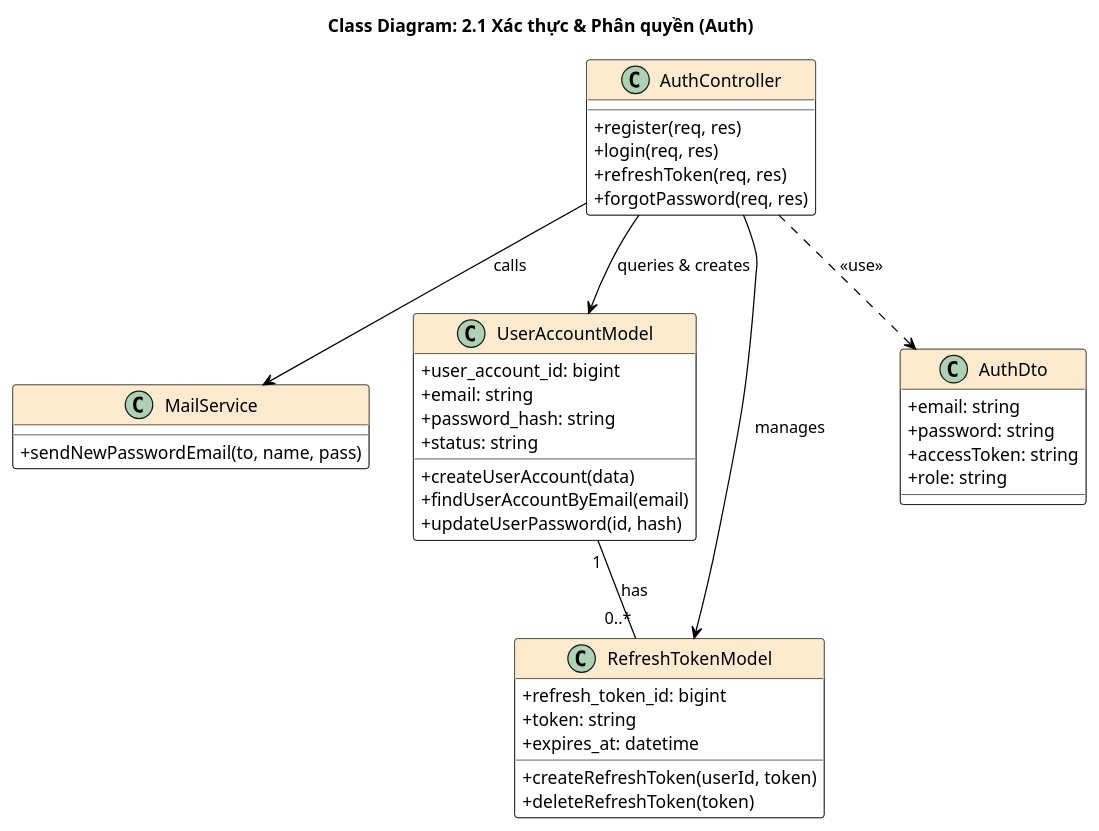
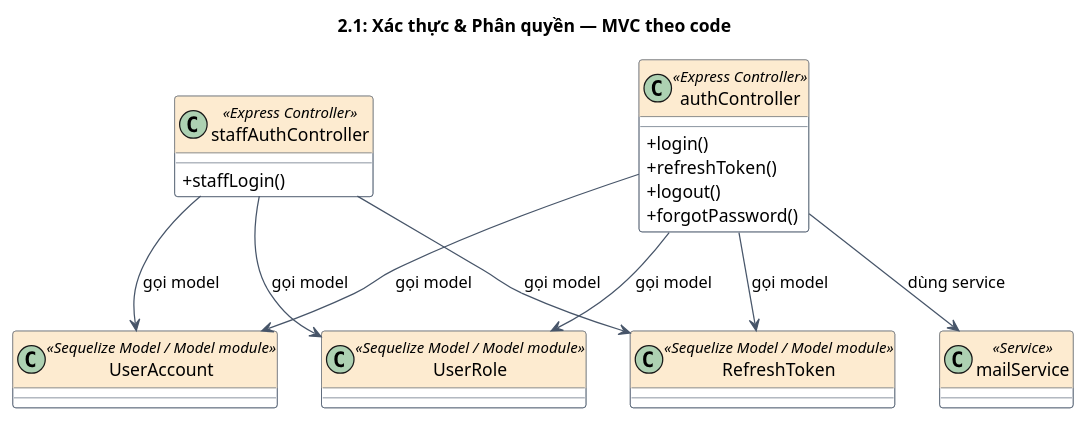
One commit to chuoois/FS-SIMS changed the first of 14 diagrams in docs/classdiagrams.md. Above: the diagram before and after it, drawn with PlantUML. The commit also changed other lines of this file and 8 other files, not shown here.

````diff
--- a/docs/classdiagrams.md
+++ b/docs/classdiagrams.md
@@ -10,54 +10,38 @@
 ```plantuml
 @startuml
 skinparam classAttributeIconSize 0
 skinparam class {
-    BackgroundColor White
-    BorderColor Black
-    ArrowColor Black
-    HeaderBackgroundColor #FDEBD0
+  BackgroundColor White
+  BorderColor #475569
+  ArrowColor #475569
+  HeaderBackgroundColor #FDEBD0
 }
-title Class Diagram: 2.1 Xác thực & Phân quyền (Auth)
+title 2.1: Xác thực & Phân quyền — MVC theo code
 
-class AuthController {
-  +register(req, res)
-  +login(req, res)
-  +refreshToken(req, res)
-  +forgotPassword(req, res)
+class authController <<Express Controller>> {
+  +login()
+  +refreshToken()
+  +logout()
+  +forgotPassword()
 }
 
-class MailService {
-  +sendNewPasswordEmail(to, name, pass)
+class staffAuthController <<Express Controller>> {
+  +staffLogin()
 }
 
-class UserAccountModel {
-  +user_account_id: bigint
-  +email: string
-  +password_hash: string
-  +status: string
-  +createUserAccount(data)
-  +findUserAccountByEmail(email)
-  +updateUserPassword(id, hash)
-}
+class UserAccount <<Sequelize Model / Model module>>
 
-class RefreshTokenModel {
-  +refresh_token_id: bigint
-  +token: string
-  +expires_at: datetime
-  +createRefreshToken(userId, token)
-  +deleteRefreshToken(token)
-}
+class UserRole <<Sequelize Model / Model module>>
 
-class AuthDto {
-  +email: string
-  +password: string
-  +accessToken: string
-  +role: string
-}
+class RefreshToken <<Sequelize Model / Model module>>
 
-AuthController --> MailService : calls
-AuthController --> UserAccountModel : queries & creates
-AuthController --> RefreshTokenModel : manages
-AuthController ..> AuthDto : <<use>>
-UserAccountModel "1" -- "0..*" RefreshTokenModel : has
+class mailService <<Service>>
+authController --> UserAccount : gọi model
+authController --> UserRole : gọi model
+authController --> RefreshToken : gọi model
+authController --> mailService : dùng service
+staffAuthController --> UserAccount : gọi model
+staffAuthController --> UserRole : gọi model
+staffAuthController --> RefreshToken : gọi model
 @enduml
 ```
````
